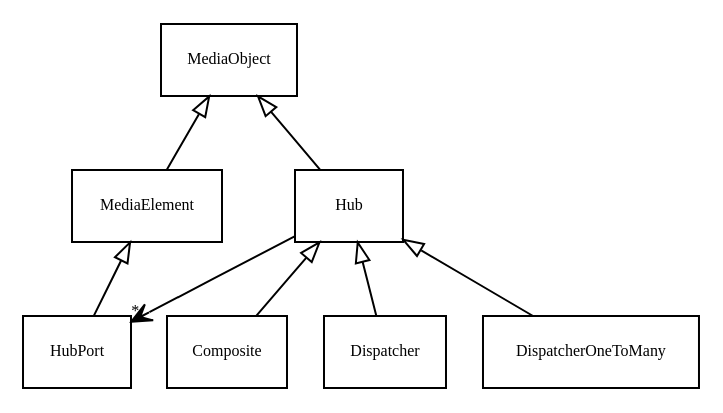
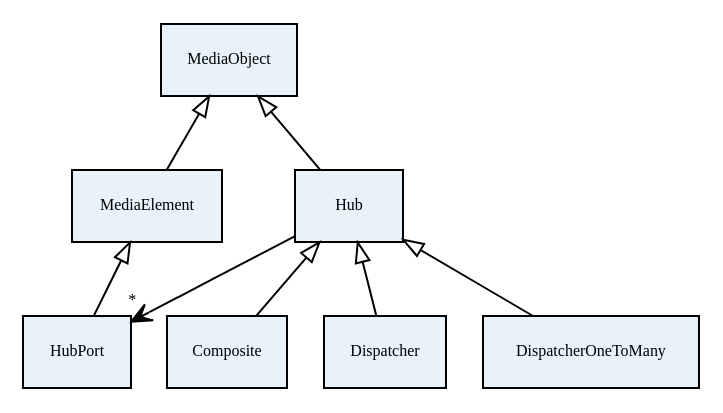
The fourth of 4 diagrams in source/Kurento_API.rst (Kurento/kurento), drawn with Graphviz before and after one commit. The commit also changed other lines of this file and 2 other files, not shown here.

Commit message:
Add UML diagrams to tutorials and improve diagrams of Kurento API section

```diff
--- a/source/Kurento_API.rst
+++ b/source/Kurento_API.rst
@@ -317,30 +323,32 @@
 .. digraph:: Hubs
    :caption: Class diagram of Hubs in Kurento API
 
     size="12,8";
    fontname = "Bitstream Vera Sans"
    fontsize = 8
 
    node [
         fontname = "Bitstream Vera Sans"
         fontsize = 8
         shape = "record"
+         style=filled
+        fillcolor = "#E7F2FA"
    ]
 
    edge [
         fontname = "Bitstream Vera Sans"
         fontsize = 8
         arrowtail = "empty"
         dir = back;
    ]
    
     "MediaObject" -> "Hub";
     "MediaObject" -> "MediaElement";
     
-    "Hub" -> "HubPort" [headlabel = "*", constraint=false, dir = normal, arrowhead="vee"]
+    "Hub" -> "HubPort" [headlabel = "*", constraint=false, dir = normal, arrowhead="vee", labelangle=60]
     
     "MediaElement" -> "HubPort";
    
     "Hub" -> "Composite";
     "Hub" -> "Dispatcher";
     "Hub" -> "DispatcherOneToMany";
```
